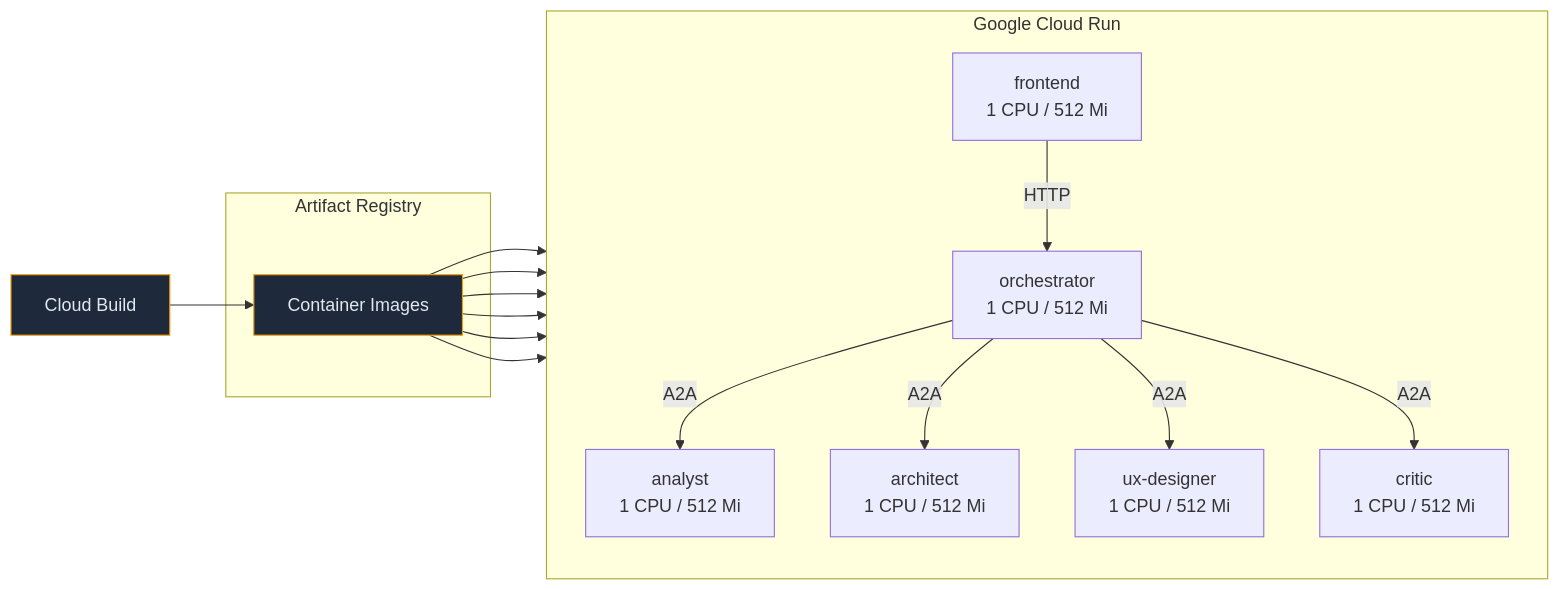
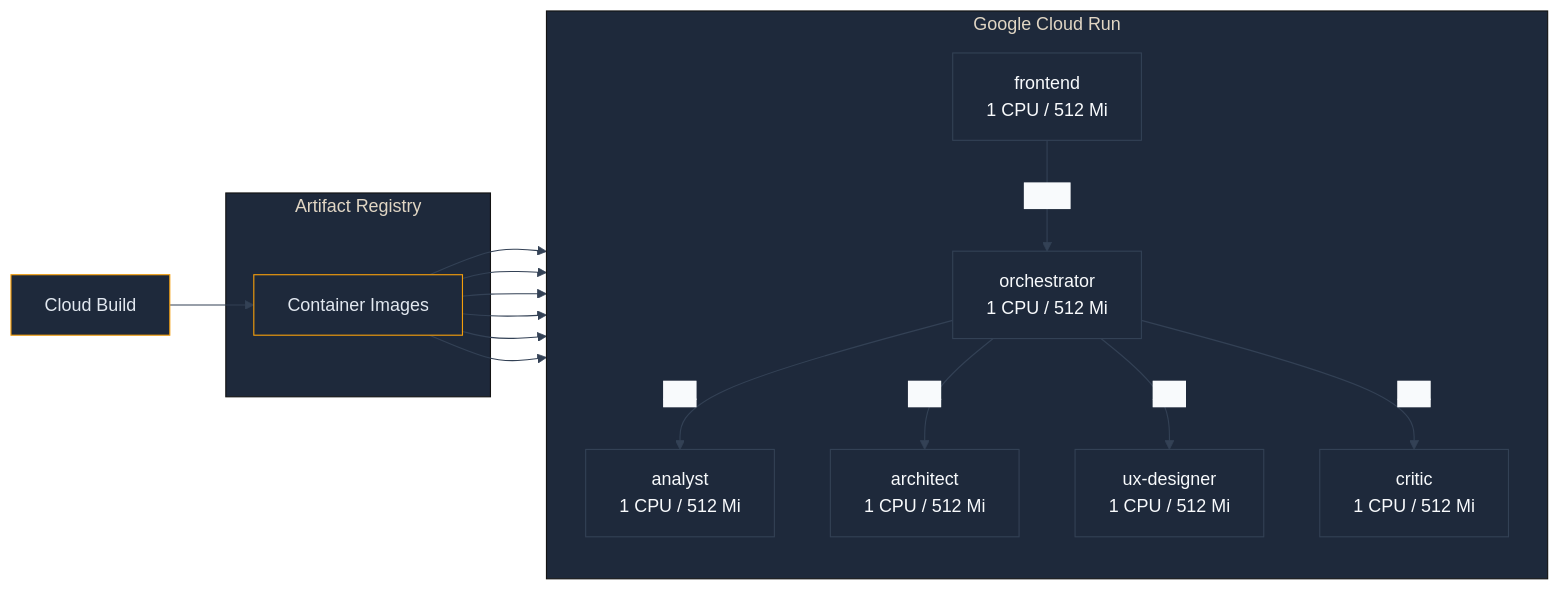
One commit to jggomez/multi-agents-product-architect-creator changed the third of 3 diagrams in README.md. Above: the diagram before and after it, drawn with Mermaid. The commit also changed other lines of this file, not shown here.

Commit message:
docs: improve contrast of Mermaid diagrams in README for better visibility

````diff
--- a/README.md
+++ b/README.md
@@ -159,33 +160,34 @@
 ```mermaid
+%%{init: {'theme': 'base', 'themeVariables': { 'primaryColor': '#1e293b', 'primaryTextColor': '#f8fafc', 'primaryBorderColor': '#334155', 'lineColor': '#334155', 'secondaryColor': '#0f172a', 'tertiaryColor': '#1e293b', 'edgeLabelBackground':'#f8fafc' }}}%%
 graph LR
     subgraph "Google Cloud Run"
         direction TB
         S1["analyst<br/>1 CPU / 512 Mi"]
         S2["architect<br/>1 CPU / 512 Mi"]
         S3["ux-designer<br/>1 CPU / 512 Mi"]
         S4["critic<br/>1 CPU / 512 Mi"]
         S5["orchestrator<br/>1 CPU / 512 Mi"]
         S6["frontend<br/>1 CPU / 512 Mi"]
     end
 
     subgraph "Artifact Registry"
         AR["Container Images"]
     end
 
     CB["Cloud Build"] --> AR
     AR --> S1
     AR --> S2
     AR --> S3
     AR --> S4
     AR --> S5
     AR --> S6
 
     S5 -- "A2A" --> S1
     S5 -- "A2A" --> S2
     S5 -- "A2A" --> S3
     S5 -- "A2A" --> S4
     S6 -- "HTTP" --> S5
 
     style CB fill:#1e293b,stroke:#f59e0b,color:#e2e8f0
     style AR fill:#1e293b,stroke:#f59e0b,color:#e2e8f0
 ```
````
